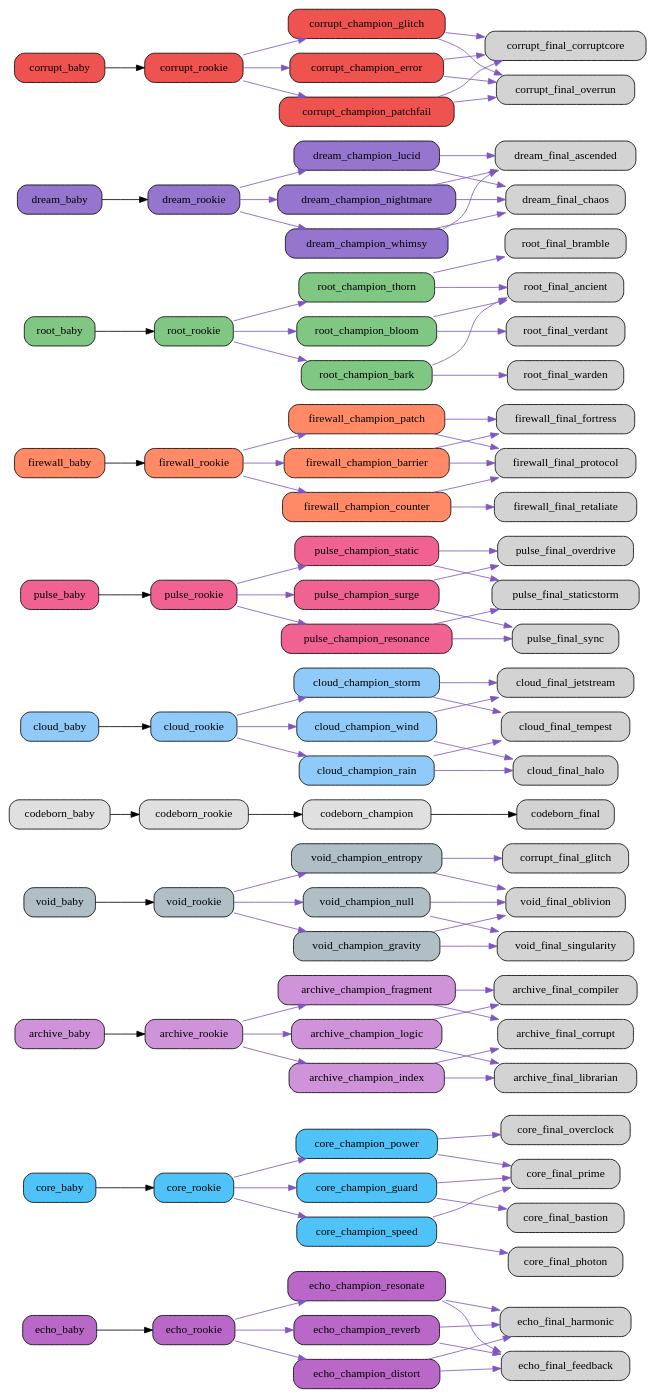
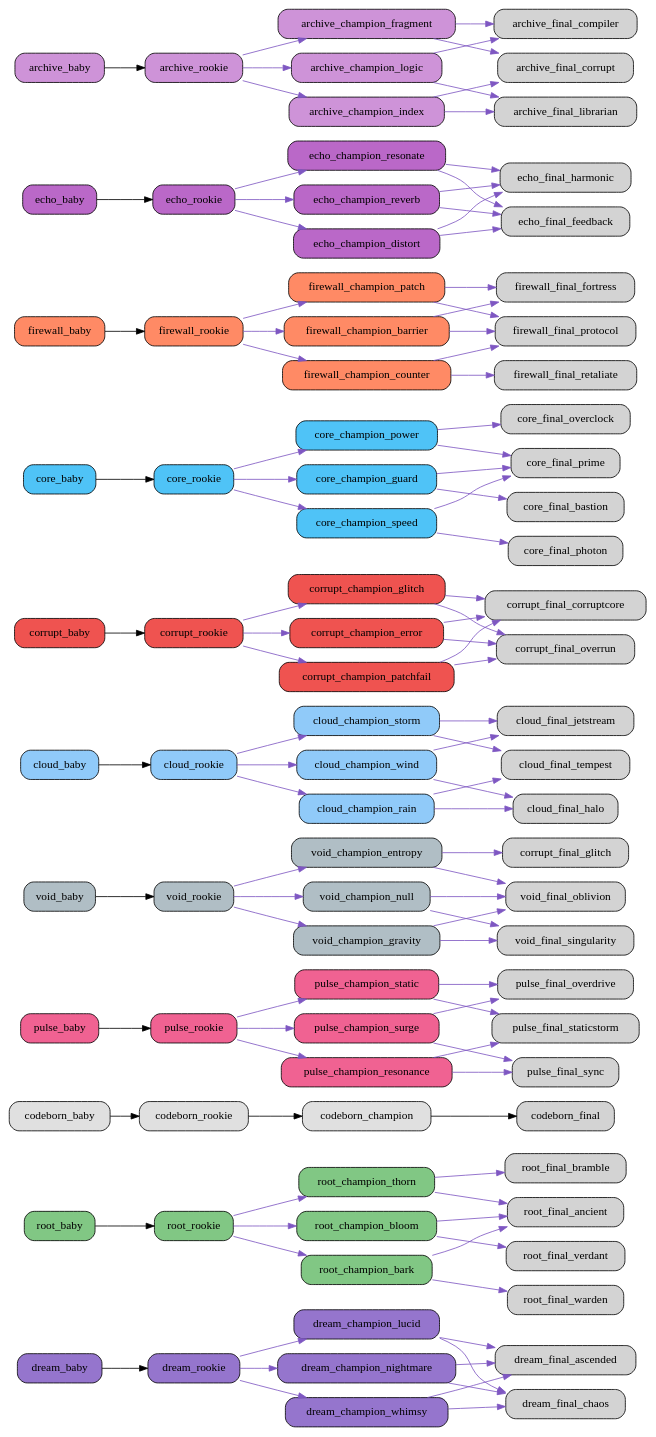
Before and after one commit to bwlight/NetGrid: the diagram in src/netgrid/systems/evolution/graphs/full/evolution_graph.dot, drawn with Graphviz. The commit also changed other lines of this file and 8 other files, not shown here.

Commit message:
Auto-update evolution graphs

```diff
--- a/src/netgrid/systems/evolution/graphs/full/evolution_graph.dot
+++ b/src/netgrid/systems/evolution/graphs/full/evolution_graph.dot
@@ -1,6 +1,132 @@
 digraph EvolutionTree {
   rankdir=LR;
   node [shape=box, style="rounded,filled"];
+  "dream_baby" [fillcolor="#9575cd"];
+  "dream_baby" -> "dream_rookie";
+  "dream_rookie" [fillcolor="#9575cd"];
+  "dream_rookie" -> "dream_champion_lucid" [color="#7e57c2"];
+  "dream_rookie" -> "dream_champion_nightmare" [color="#7e57c2"];
+  "dream_rookie" -> "dream_champion_whimsy" [color="#7e57c2"];
+  "dream_champion_lucid" [fillcolor="#9575cd"];
+  "dream_champion_lucid" -> "dream_final_ascended" [color="#7e57c2"];
+  "dream_champion_lucid" -> "dream_final_chaos" [color="#7e57c2"];
+  "dream_champion_nightmare" [fillcolor="#9575cd"];
+  "dream_champion_nightmare" -> "dream_final_chaos" [color="#7e57c2"];
+  "dream_champion_nightmare" -> "dream_final_ascended" [color="#7e57c2"];
+  "dream_champion_whimsy" [fillcolor="#9575cd"];
+  "dream_champion_whimsy" -> "dream_final_ascended" [color="#7e57c2"];
+  "dream_champion_whimsy" -> "dream_final_chaos" [color="#7e57c2"];
+  "root_baby" [fillcolor="#81c784"];
+  "root_baby" -> "root_rookie";
+  "root_rookie" [fillcolor="#81c784"];
+  "root_rookie" -> "root_champion_thorn" [color="#7e57c2"];
+  "root_rookie" -> "root_champion_bloom" [color="#7e57c2"];
+  "root_rookie" -> "root_champion_bark" [color="#7e57c2"];
+  "root_champion_thorn" [fillcolor="#81c784"];
+  "root_champion_thorn" -> "root_final_bramble" [color="#7e57c2"];
+  "root_champion_thorn" -> "root_final_ancient" [color="#7e57c2"];
+  "root_champion_bloom" [fillcolor="#81c784"];
+  "root_champion_bloom" -> "root_final_ancient" [color="#7e57c2"];
+  "root_champion_bloom" -> "root_final_verdant" [color="#7e57c2"];
+  "root_champion_bark" [fillcolor="#81c784"];
+  "root_champion_bark" -> "root_final_warden" [color="#7e57c2"];
+  "root_champion_bark" -> "root_final_ancient" [color="#7e57c2"];
+  "codeborn_baby" [fillcolor="#e0e0e0"];
+  "codeborn_baby" -> "codeborn_rookie";
+  "codeborn_rookie" [fillcolor="#e0e0e0"];
+  "codeborn_rookie" -> "codeborn_champion";
+  "codeborn_champion" [fillcolor="#e0e0e0"];
+  "codeborn_champion" -> "codeborn_final";
+  "pulse_baby" [fillcolor="#f06292"];
+  "pulse_baby" -> "pulse_rookie";
+  "pulse_rookie" [fillcolor="#f06292"];
+  "pulse_rookie" -> "pulse_champion_surge" [color="#7e57c2"];
+  "pulse_rookie" -> "pulse_champion_resonance" [color="#7e57c2"];
+  "pulse_rookie" -> "pulse_champion_static" [color="#7e57c2"];
+  "pulse_champion_surge" [fillcolor="#f06292"];
+  "pulse_champion_surge" -> "pulse_final_overdrive" [color="#7e57c2"];
+  "pulse_champion_surge" -> "pulse_final_sync" [color="#7e57c2"];
+  "pulse_champion_resonance" [fillcolor="#f06292"];
+  "pulse_champion_resonance" -> "pulse_final_sync" [color="#7e57c2"];
+  "pulse_champion_resonance" -> "pulse_final_staticstorm" [color="#7e57c2"];
+  "pulse_champion_static" [fillcolor="#f06292"];
+  "pulse_champion_static" -> "pulse_final_staticstorm" [color="#7e57c2"];
+  "pulse_champion_static" -> "pulse_final_overdrive" [color="#7e57c2"];
+  "void_baby" [fillcolor="#b0bec5"];
+  "void_baby" -> "void_rookie";
+  "void_rookie" [fillcolor="#b0bec5"];
+  "void_rookie" -> "void_champion_entropy" [color="#7e57c2"];
+  "void_rookie" -> "void_champion_gravity" [color="#7e57c2"];
+  "void_rookie" -> "void_champion_null" [color="#7e57c2"];
+  "void_champion_entropy" [fillcolor="#b0bec5"];
+  "void_champion_entropy" -> "corrupt_final_glitch" [color="#7e57c2"];
+  "void_champion_entropy" -> "void_final_oblivion" [color="#7e57c2"];
+  "void_champion_gravity" [fillcolor="#b0bec5"];
+  "void_champion_gravity" -> "void_final_singularity" [color="#7e57c2"];
+  "void_champion_gravity" -> "void_final_oblivion" [color="#7e57c2"];
+  "void_champion_null" [fillcolor="#b0bec5"];
+  "void_champion_null" -> "void_final_oblivion" [color="#7e57c2"];
+  "void_champion_null" -> "void_final_singularity" [color="#7e57c2"];
+  "cloud_baby" [fillcolor="#90caf9"];
+  "cloud_baby" -> "cloud_rookie";
+  "cloud_rookie" [fillcolor="#90caf9"];
+  "cloud_rookie" -> "cloud_champion_wind" [color="#7e57c2"];
+  "cloud_rookie" -> "cloud_champion_rain" [color="#7e57c2"];
+  "cloud_rookie" -> "cloud_champion_storm" [color="#7e57c2"];
+  "cloud_champion_wind" [fillcolor="#90caf9"];
+  "cloud_champion_wind" -> "cloud_final_jetstream" [color="#7e57c2"];
+  "cloud_champion_wind" -> "cloud_final_halo" [color="#7e57c2"];
+  "cloud_champion_rain" [fillcolor="#90caf9"];
+  "cloud_champion_rain" -> "cloud_final_halo" [color="#7e57c2"];
+  "cloud_champion_rain" -> "cloud_final_tempest" [color="#7e57c2"];
+  "cloud_champion_storm" [fillcolor="#90caf9"];
+  "cloud_champion_storm" -> "cloud_final_tempest" [color="#7e57c2"];
+  "cloud_champion_storm" -> "cloud_final_jetstream" [color="#7e57c2"];
+  "corrupt_baby" [fillcolor="#ef5350"];
+  "corrupt_baby" -> "corrupt_rookie";
+  "corrupt_rookie" [fillcolor="#ef5350"];
+  "corrupt_rookie" -> "corrupt_champion_glitch" [color="#7e57c2"];
+  "corrupt_rookie" -> "corrupt_champion_error" [color="#7e57c2"];
+  "corrupt_rookie" -> "corrupt_champion_patchfail" [color="#7e57c2"];
+  "corrupt_champion_glitch" [fillcolor="#ef5350"];
+  "corrupt_champion_glitch" -> "corrupt_final_corruptcore" [color="#7e57c2"];
+  "corrupt_champion_glitch" -> "corrupt_final_overrun" [color="#7e57c2"];
+  "corrupt_champion_error" [fillcolor="#ef5350"];
+  "corrupt_champion_error" -> "corrupt_final_overrun" [color="#7e57c2"];
+  "corrupt_champion_error" -> "corrupt_final_corruptcore" [color="#7e57c2"];
+  "corrupt_champion_patchfail" [fillcolor="#ef5350"];
+  "corrupt_champion_patchfail" -> "corrupt_final_corruptcore" [color="#7e57c2"];
+  "corrupt_champion_patchfail" -> "corrupt_final_overrun" [color="#7e57c2"];
+  "core_baby" [fillcolor="#4fc3f7"];
+  "core_baby" -> "core_rookie";
+  "core_rookie" [fillcolor="#4fc3f7"];
+  "core_rookie" -> "core_champion_power" [color="#7e57c2"];
+  "core_rookie" -> "core_champion_guard" [color="#7e57c2"];
+  "core_rookie" -> "core_champion_speed" [color="#7e57c2"];
+  "core_champion_power" [fillcolor="#4fc3f7"];
+  "core_champion_power" -> "core_final_overclock" [color="#7e57c2"];
+  "core_champion_power" -> "core_final_prime" [color="#7e57c2"];
+  "core_champion_guard" [fillcolor="#4fc3f7"];
+  "core_champion_guard" -> "core_final_bastion" [color="#7e57c2"];
+  "core_champion_guard" -> "core_final_prime" [color="#7e57c2"];
+  "core_champion_speed" [fillcolor="#4fc3f7"];
+  "core_champion_speed" -> "core_final_photon" [color="#7e57c2"];
+  "core_champion_speed" -> "core_final_prime" [color="#7e57c2"];
+  "firewall_baby" [fillcolor="#ff8a65"];
+  "firewall_baby" -> "firewall_rookie";
+  "firewall_rookie" [fillcolor="#ff8a65"];
+  "firewall_rookie" -> "firewall_champion_barrier" [color="#7e57c2"];
+  "firewall_rookie" -> "firewall_champion_counter" [color="#7e57c2"];
+  "firewall_rookie" -> "firewall_champion_patch" [color="#7e57c2"];
+  "firewall_champion_barrier" [fillcolor="#ff8a65"];
+  "firewall_champion_barrier" -> "firewall_final_fortress" [color="#7e57c2"];
+  "firewall_champion_barrier" -> "firewall_final_protocol" [color="#7e57c2"];
+  "firewall_champion_counter" [fillcolor="#ff8a65"];
+  "firewall_champion_counter" -> "firewall_final_retaliate" [color="#7e57c2"];
+  "firewall_champion_counter" -> "firewall_final_protocol" [color="#7e57c2"];
+  "firewall_champion_patch" [fillcolor="#ff8a65"];
+  "firewall_champion_patch" -> "firewall_final_protocol" [color="#7e57c2"];
+  "firewall_champion_patch" -> "firewall_final_fortress" [color="#7e57c2"];
   "echo_baby" [fillcolor="#ba68c8"];
   "echo_baby" -> "echo_rookie";
   "echo_rookie" [fillcolor="#ba68c8"];
@@ -16,21 +142,6 @@
   "echo_champion_distort" [fillcolor="#ba68c8"];
   "echo_champion_distort" -> "echo_final_feedback" [color="#7e57c2"];
   "echo_champion_distort" -> "echo_final_harmonic" [color="#7e57c2"];
-  "core_baby" [fillcolor="#4fc3f7"];
-  "core_baby" -> "core_rookie";
-  "core_rookie" [fillcolor="#4fc3f7"];
-  "core_rookie" -> "core_champion_power" [color="#7e57c2"];
-  "core_rookie" -> "core_champion_guard" [color="#7e57c2"];
-  "core_rookie" -> "core_champion_speed" [color="#7e57c2"];
-  "core_champion_power" [fillcolor="#4fc3f7"];
-  "core_champion_power" -> "core_final_overclock" [color="#7e57c2"];
-  "core_champion_power" -> "core_final_prime" [color="#7e57c2"];
-  "core_champion_guard" [fillcolor="#4fc3f7"];
-  "core_champion_guard" -> "core_final_bastion" [color="#7e57c2"];
-  "core_champion_guard" -> "core_final_prime" [color="#7e57c2"];
-  "core_champion_speed" [fillcolor="#4fc3f7"];
-  "core_champion_speed" -> "core_final_photon" [color="#7e57c2"];
-  "core_champion_speed" -> "core_final_prime" [color="#7e57c2"];
   "archive_baby" [fillcolor="#ce93d8"];
   "archive_baby" -> "archive_rookie";
   "archive_rookie" [fillcolor="#ce93d8"];
@@ -46,115 +157,4 @@
   "archive_champion_fragment" [fillcolor="#ce93d8"];
   "archive_champion_fragment" -> "archive_final_corrupt" [color="#7e57c2"];
   "archive_champion_fragment" -> "archive_final_compiler" [color="#7e57c2"];
-  "void_baby" [fillcolor="#b0bec5"];
-  "void_baby" -> "void_rookie";
-  "void_rookie" [fillcolor="#b0bec5"];
-  "void_rookie" -> "void_champion_entropy" [color="#7e57c2"];
-  "void_rookie" -> "void_champion_gravity" [color="#7e57c2"];
-  "void_rookie" -> "void_champion_null" [color="#7e57c2"];
-  "void_champion_entropy" [fillcolor="#b0bec5"];
-  "void_champion_entropy" -> "corrupt_final_glitch" [color="#7e57c2"];
-  "void_champion_entropy" -> "void_final_oblivion" [color="#7e57c2"];
-  "void_champion_gravity" [fillcolor="#b0bec5"];
-  "void_champion_gravity" -> "void_final_singularity" [color="#7e57c2"];
-  "void_champion_gravity" -> "void_final_oblivion" [color="#7e57c2"];
-  "void_champion_null" [fillcolor="#b0bec5"];
-  "void_champion_null" -> "void_final_oblivion" [color="#7e57c2"];
-  "void_champion_null" -> "void_final_singularity" [color="#7e57c2"];
-  "codeborn_baby" [fillcolor="#e0e0e0"];
-  "codeborn_baby" -> "codeborn_rookie";
-  "codeborn_rookie" [fillcolor="#e0e0e0"];
-  "codeborn_rookie" -> "codeborn_champion";
-  "codeborn_champion" [fillcolor="#e0e0e0"];
-  "codeborn_champion" -> "codeborn_final";
-  "cloud_baby" [fillcolor="#90caf9"];
-  "cloud_baby" -> "cloud_rookie";
-  "cloud_rookie" [fillcolor="#90caf9"];
-  "cloud_rookie" -> "cloud_champion_wind" [color="#7e57c2"];
-  "cloud_rookie" -> "cloud_champion_rain" [color="#7e57c2"];
-  "cloud_rookie" -> "cloud_champion_storm" [color="#7e57c2"];
-  "cloud_champion_wind" [fillcolor="#90caf9"];
-  "cloud_champion_wind" -> "cloud_final_jetstream" [color="#7e57c2"];
-  "cloud_champion_wind" -> "cloud_final_halo" [color="#7e57c2"];
-  "cloud_champion_rain" [fillcolor="#90caf9"];
-  "cloud_champion_rain" -> "cloud_final_halo" [color="#7e57c2"];
-  "cloud_champion_rain" -> "cloud_final_tempest" [color="#7e57c2"];
-  "cloud_champion_storm" [fillcolor="#90caf9"];
-  "cloud_champion_storm" -> "cloud_final_tempest" [color="#7e57c2"];
-  "cloud_champion_storm" -> "cloud_final_jetstream" [color="#7e57c2"];
-  "pulse_baby" [fillcolor="#f06292"];
-  "pulse_baby" -> "pulse_rookie";
-  "pulse_rookie" [fillcolor="#f06292"];
-  "pulse_rookie" -> "pulse_champion_surge" [color="#7e57c2"];
-  "pulse_rookie" -> "pulse_champion_resonance" [color="#7e57c2"];
-  "pulse_rookie" -> "pulse_champion_static" [color="#7e57c2"];
-  "pulse_champion_surge" [fillcolor="#f06292"];
-  "pulse_champion_surge" -> "pulse_final_overdrive" [color="#7e57c2"];
-  "pulse_champion_surge" -> "pulse_final_sync" [color="#7e57c2"];
-  "pulse_champion_resonance" [fillcolor="#f06292"];
-  "pulse_champion_resonance" -> "pulse_final_sync" [color="#7e57c2"];
-  "pulse_champion_resonance" -> "pulse_final_staticstorm" [color="#7e57c2"];
-  "pulse_champion_static" [fillcolor="#f06292"];
-  "pulse_champion_static" -> "pulse_final_staticstorm" [color="#7e57c2"];
-  "pulse_champion_static" -> "pulse_final_overdrive" [color="#7e57c2"];
-  "firewall_baby" [fillcolor="#ff8a65"];
-  "firewall_baby" -> "firewall_rookie";
-  "firewall_rookie" [fillcolor="#ff8a65"];
-  "firewall_rookie" -> "firewall_champion_barrier" [color="#7e57c2"];
-  "firewall_rookie" -> "firewall_champion_counter" [color="#7e57c2"];
-  "firewall_rookie" -> "firewall_champion_patch" [color="#7e57c2"];
-  "firewall_champion_barrier" [fillcolor="#ff8a65"];
-  "firewall_champion_barrier" -> "firewall_final_fortress" [color="#7e57c2"];
-  "firewall_champion_barrier" -> "firewall_final_protocol" [color="#7e57c2"];
-  "firewall_champion_counter" [fillcolor="#ff8a65"];
-  "firewall_champion_counter" -> "firewall_final_retaliate" [color="#7e57c2"];
-  "firewall_champion_counter" -> "firewall_final_protocol" [color="#7e57c2"];
-  "firewall_champion_patch" [fillcolor="#ff8a65"];
-  "firewall_champion_patch" -> "firewall_final_protocol" [color="#7e57c2"];
-  "firewall_champion_patch" -> "firewall_final_fortress" [color="#7e57c2"];
-  "root_baby" [fillcolor="#81c784"];
-  "root_baby" -> "root_rookie";
-  "root_rookie" [fillcolor="#81c784"];
-  "root_rookie" -> "root_champion_thorn" [color="#7e57c2"];
-  "root_rookie" -> "root_champion_bloom" [color="#7e57c2"];
-  "root_rookie" -> "root_champion_bark" [color="#7e57c2"];
-  "root_champion_thorn" [fillcolor="#81c784"];
-  "root_champion_thorn" -> "root_final_bramble" [color="#7e57c2"];
-  "root_champion_thorn" -> "root_final_ancient" [color="#7e57c2"];
-  "root_champion_bloom" [fillcolor="#81c784"];
-  "root_champion_bloom" -> "root_final_ancient" [color="#7e57c2"];
-  "root_champion_bloom" -> "root_final_verdant" [color="#7e57c2"];
-  "root_champion_bark" [fillcolor="#81c784"];
-  "root_champion_bark" -> "root_final_warden" [color="#7e57c2"];
-  "root_champion_bark" -> "root_final_ancient" [color="#7e57c2"];
-  "dream_baby" [fillcolor="#9575cd"];
-  "dream_baby" -> "dream_rookie";
-  "dream_rookie" [fillcolor="#9575cd"];
-  "dream_rookie" -> "dream_champion_lucid" [color="#7e57c2"];
-  "dream_rookie" -> "dream_champion_nightmare" [color="#7e57c2"];
-  "dream_rookie" -> "dream_champion_whimsy" [color="#7e57c2"];
-  "dream_champion_lucid" [fillcolor="#9575cd"];
-  "dream_champion_lucid" -> "dream_final_ascended" [color="#7e57c2"];
-  "dream_champion_lucid" -> "dream_final_chaos" [color="#7e57c2"];
-  "dream_champion_nightmare" [fillcolor="#9575cd"];
-  "dream_champion_nightmare" -> "dream_final_chaos" [color="#7e57c2"];
-  "dream_champion_nightmare" -> "dream_final_ascended" [color="#7e57c2"];
-  "dream_champion_whimsy" [fillcolor="#9575cd"];
-  "dream_champion_whimsy" -> "dream_final_ascended" [color="#7e57c2"];
-  "dream_champion_whimsy" -> "dream_final_chaos" [color="#7e57c2"];
-  "corrupt_baby" [fillcolor="#ef5350"];
-  "corrupt_baby" -> "corrupt_rookie";
-  "corrupt_rookie" [fillcolor="#ef5350"];
-  "corrupt_rookie" -> "corrupt_champion_glitch" [color="#7e57c2"];
-  "corrupt_rookie" -> "corrupt_champion_error" [color="#7e57c2"];
-  "corrupt_rookie" -> "corrupt_champion_patchfail" [color="#7e57c2"];
-  "corrupt_champion_glitch" [fillcolor="#ef5350"];
-  "corrupt_champion_glitch" -> "corrupt_final_corruptcore" [color="#7e57c2"];
-  "corrupt_champion_glitch" -> "corrupt_final_overrun" [color="#7e57c2"];
-  "corrupt_champion_error" [fillcolor="#ef5350"];
-  "corrupt_champion_error" -> "corrupt_final_overrun" [color="#7e57c2"];
-  "corrupt_champion_error" -> "corrupt_final_corruptcore" [color="#7e57c2"];
-  "corrupt_champion_patchfail" [fillcolor="#ef5350"];
-  "corrupt_champion_patchfail" -> "corrupt_final_corruptcore" [color="#7e57c2"];
-  "corrupt_champion_patchfail" -> "corrupt_final_overrun" [color="#7e57c2"];
 }
```
